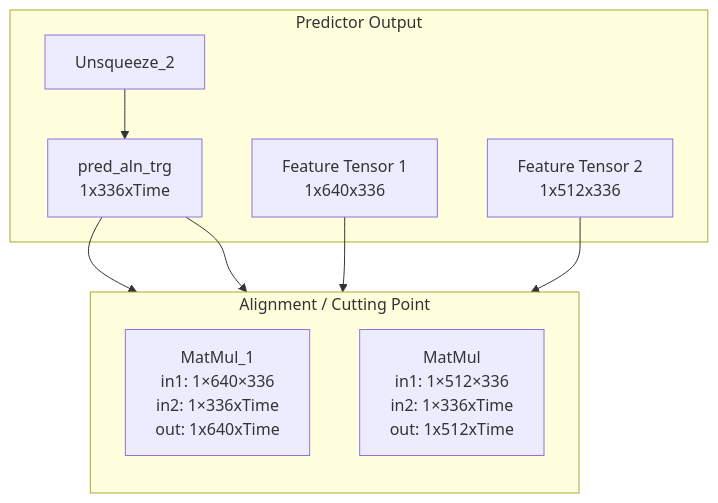
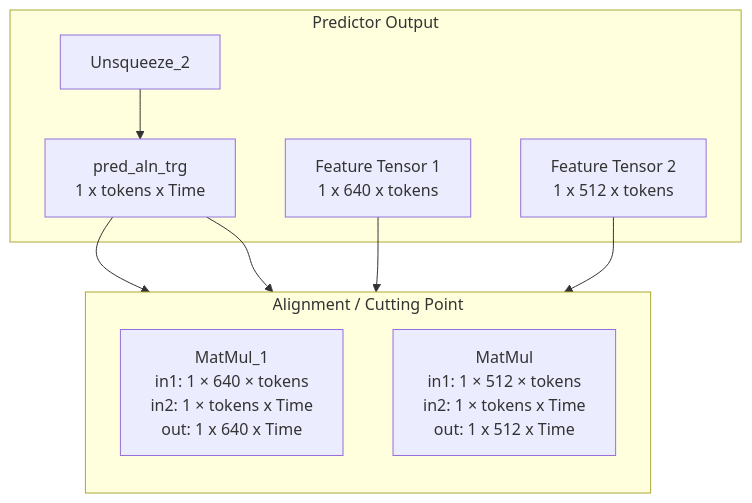
Before and after one commit to sshumihi/openvino: the third of 3 diagrams in src/plugins/intel_npu/docs/design/npuw_decomposition_kokoro-82m.md, drawn with Mermaid.

Commit message:
Fix number of tokens in documentation

````diff
--- a/src/plugins/intel_npu/docs/design/npuw_decomposition_kokoro-82m.md
+++ b/src/plugins/intel_npu/docs/design/npuw_decomposition_kokoro-82m.md
@@ -165,26 +165,26 @@
 ```mermaid
 graph TD
     subgraph Predictor Output
         Unsqueeze["Unsqueeze_2"]:::op
         
-        Feat1["Feature Tensor 1<br>1x640x336"]:::tensor
-        Feat2["Feature Tensor 2<br>1x512x336"]:::tensor
+        Feat1["Feature Tensor 1<br>1 x 640 x tokens"]:::tensor
+        Feat2["Feature Tensor 2<br>1 x 512 x tokens"]:::tensor
         
-        AlignMatrix["pred_aln_trg<br>1x336xTime"]:::tensor
+        AlignMatrix["pred_aln_trg<br>1 x tokens x Time"]:::tensor
         
         Unsqueeze --> AlignMatrix
     end
 
     subgraph The_Bridge ["Alignment / Cutting Point"]
         direction TB
-        MM1["MatMul_1<br>in1: 1×640×336<br>in2: 1×336xTime<br>out: 1x640xTime"]:::cut
-        MM2["MatMul<br>in1: 1×512×336<br>in2: 1×336xTime<br>out: 1x512xTime"]:::cut
+        MM1["MatMul_1<br>in1: 1 × 640 × tokens<br>in2: 1 × tokens x Time<br>out: 1 x 640 x Time"]:::cut
+        MM2["MatMul<br>in1: 1 × 512 × tokens<br>in2: 1 × tokens x Time<br>out: 1 x 512 x Time"]:::cut
     end
     
     %% Connections
     AlignMatrix --> MM1
     AlignMatrix --> MM2
     
     Feat1 --> MM1
     Feat2 --> MM2
 ```
````
